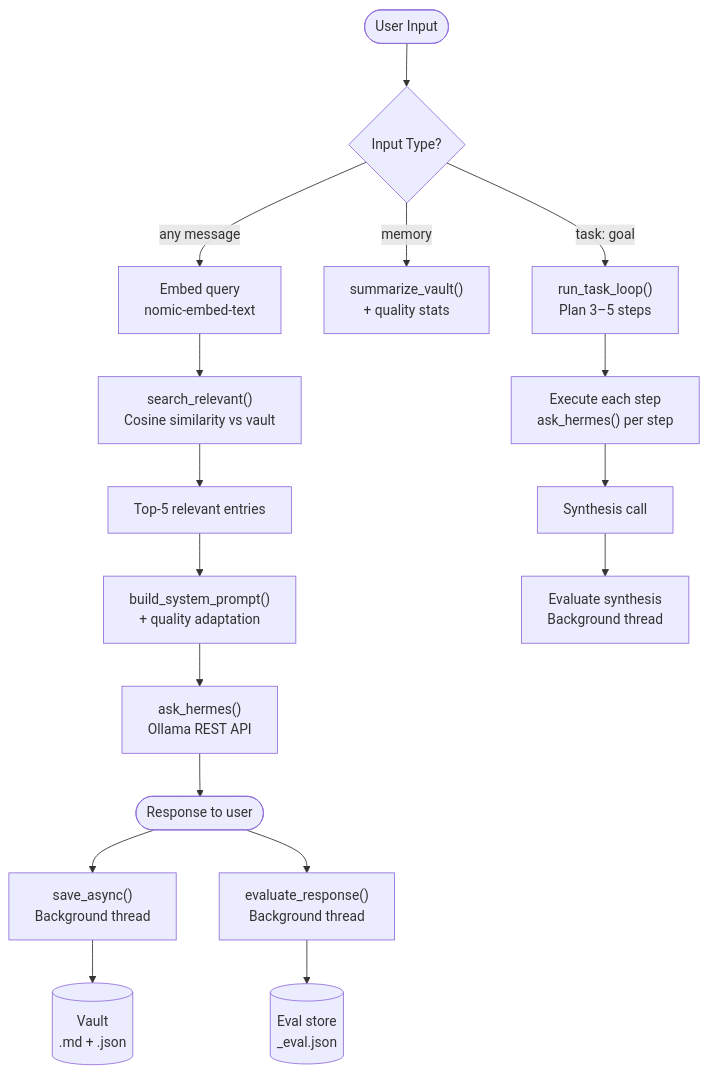
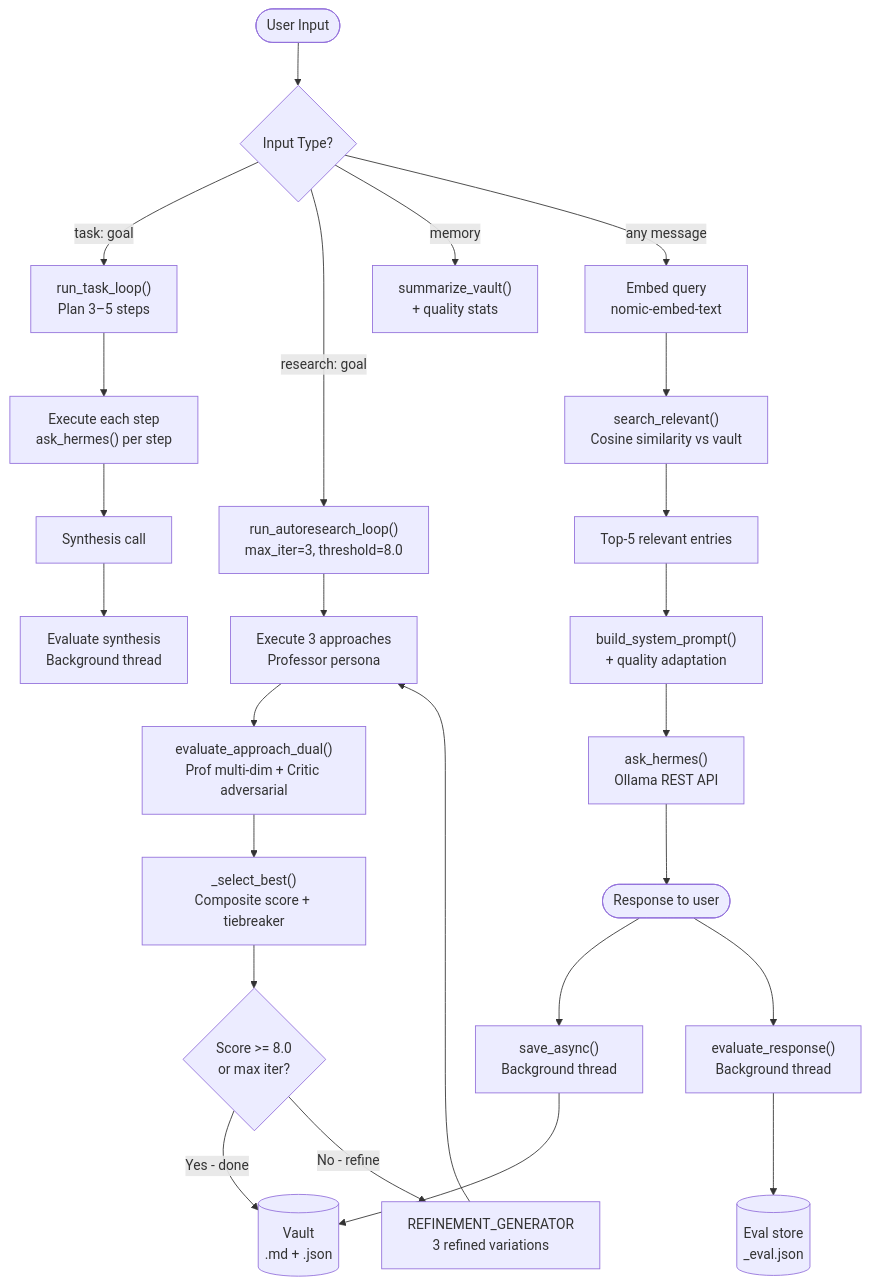
The second of 2 diagrams in README.md (Dheerajvarma1/hermes-rowboat-agent), drawn with Mermaid before and after one commit. The commit also changed other lines of this file and 3 other files, not shown here.

````diff
--- a/README.md
+++ b/README.md
@@ -190,24 +262,33 @@
 ```mermaid
 flowchart TD
     START(["User Input"]) --> CHECK{"Input Type?"}
 
     CHECK -->|"task: goal"| PLAN["run_task_loop()\nPlan 3–5 steps"]
+    CHECK -->|"research: goal"| RESEARCH["run_autoresearch_loop()\nmax_iter=3, threshold=8.0"]
     CHECK -->|"memory"| SHOW["summarize_vault()\n+ quality stats"]
     CHECK -->|"any message"| EMBED["Embed query\nnomic-embed-text"]
 
     EMBED --> SEARCH["search_relevant()\nCosine similarity vs vault"]
     SEARCH --> TOPK["Top-5 relevant entries"]
     TOPK --> PROMPT["build_system_prompt()\n+ quality adaptation"]
     PROMPT --> HERMES["ask_hermes()\nOllama REST API"]
     HERMES --> RESPONSE(["Response to user"])
 
     RESPONSE --> THREAD1["save_async()\nBackground thread"]
     RESPONSE --> THREAD2["evaluate_response()\nBackground thread"]
 
     PLAN --> STEP["Execute each step\nask_hermes() per step"]
     STEP --> SYNTH["Synthesis call"]
     SYNTH --> EVALLOOP["Evaluate synthesis\nBackground thread"]
 
+    RESEARCH --> REXEC["Execute 3 approaches\nProfessor persona"]
+    REXEC --> RDUAL["evaluate_approach_dual()\nProf multi-dim + Critic adversarial"]
+    RDUAL --> RSEL["_select_best()\nComposite score + tiebreaker"]
+    RSEL --> RCHECK{"Score >= 8.0\nor max iter?"}
+    RCHECK -->|"Yes - done"| VAULT
+    RCHECK -->|"No - refine"| RREFINE["REFINEMENT_GENERATOR\n3 refined variations"]
+    RREFINE --> REXEC
+
     THREAD1 --> VAULT[("Vault\n.md + .json")]
     THREAD2 --> EVALSTORE[("Eval store\n_eval.json")]
 ```
````
